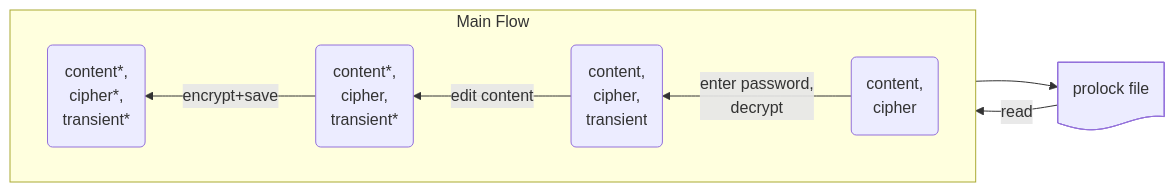
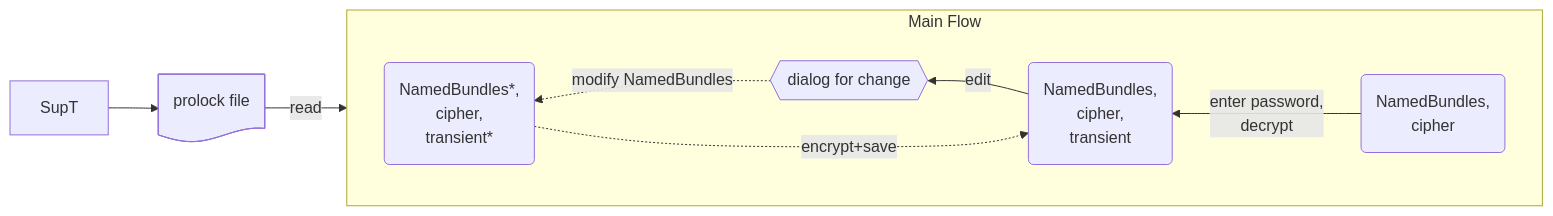
The second of 2 diagrams in doc/overview.md (emabee/rust-prolock), drawn with Mermaid before and after one commit. The commit also changed other lines of this file and 10 other files, not shown here.

````diff
--- a/doc/overview.md
+++ b/doc/overview.md
@@ -77,21 +58,20 @@
 ```mermaid
 flowchart LR
 
-FILE@{ shape: doc, label: "prolock file" } -- read --> S(content, 
+FILE@{ shape: doc, label: "prolock file" } -- read --> S(NamedBundles, 
 cipher)
 
 subgraph Main Flow
     direction RL
     S -- enter password,
-    decrypt --> ST(content, 
+    decrypt --> ST(NamedBundles, 
     cipher, 
     transient)
-    ST -- edit content --> SmodT(content*, 
+    ST -- edit --> UI{{dialog for change}}
+    UI -. modify NamedBundles .-> SmodT(NamedBundles*, 
     cipher, 
     transient*)
-    SmodT -- encrypt+save --> SupT(content*, 
-    cipher*, 
-    transient*)
+    SmodT -. encrypt+save .-> ST
 end
 SupT --> FILE
 ```
````
